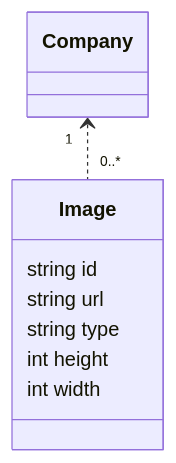
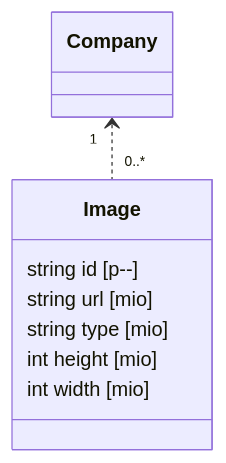
One commit to motojouya/ddd_go changed the diagram in docs/draft_template.md. Above: the diagram before and after it, drawn with Mermaid. The commit also changed other lines of this file and 2 other files, not shown here.

````diff
--- a/docs/draft_template.md
+++ b/docs/draft_template.md
@@ -6,11 +6,11 @@
 ```mermaid
 classDiagram
   class Image {
-    string id
-    string url
-    string type
-    int height
-    int width
+    string id [p--]
+    string url [mio]
+    string type [mio]
+    int height [mio]
+    int width [mio]
   }
   Company "1" <.. "0..*" Image
 ```
````
